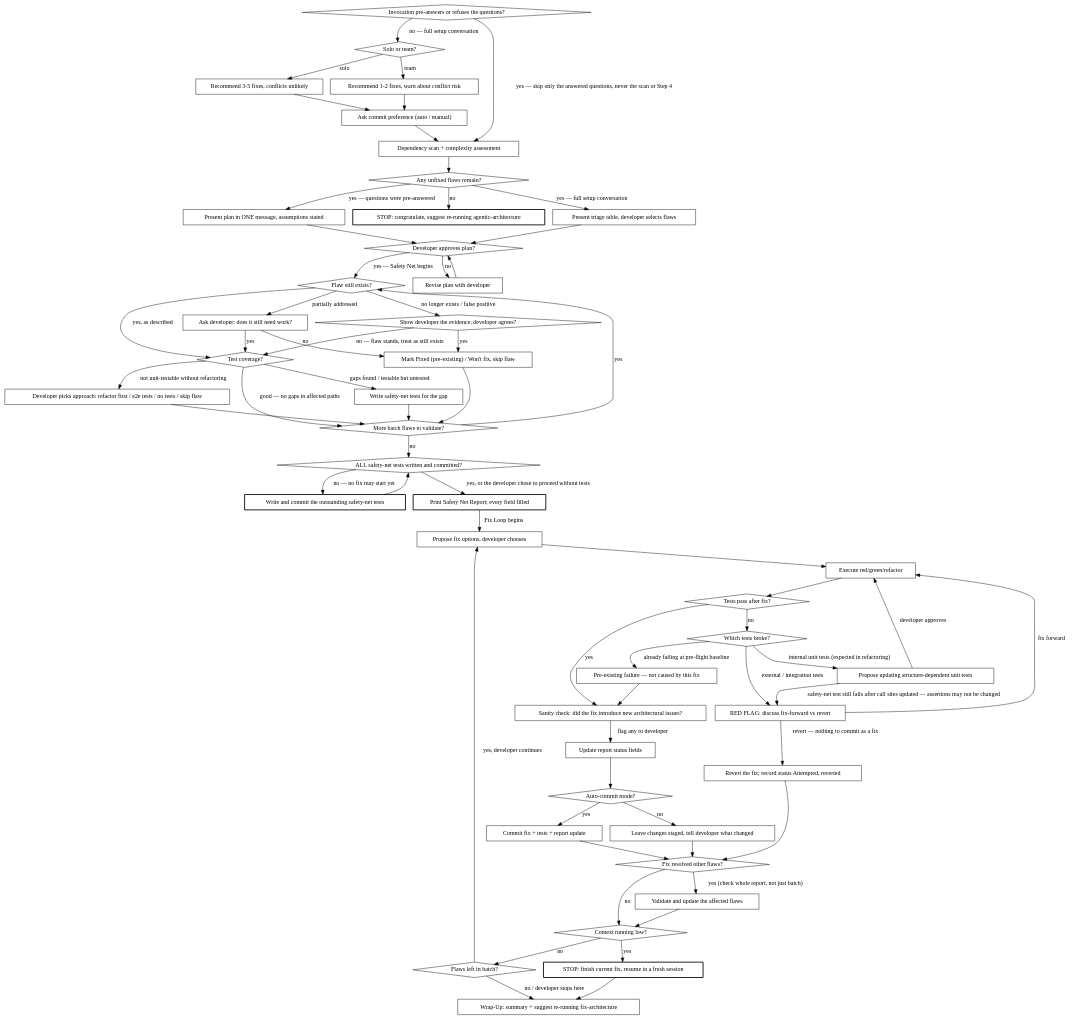
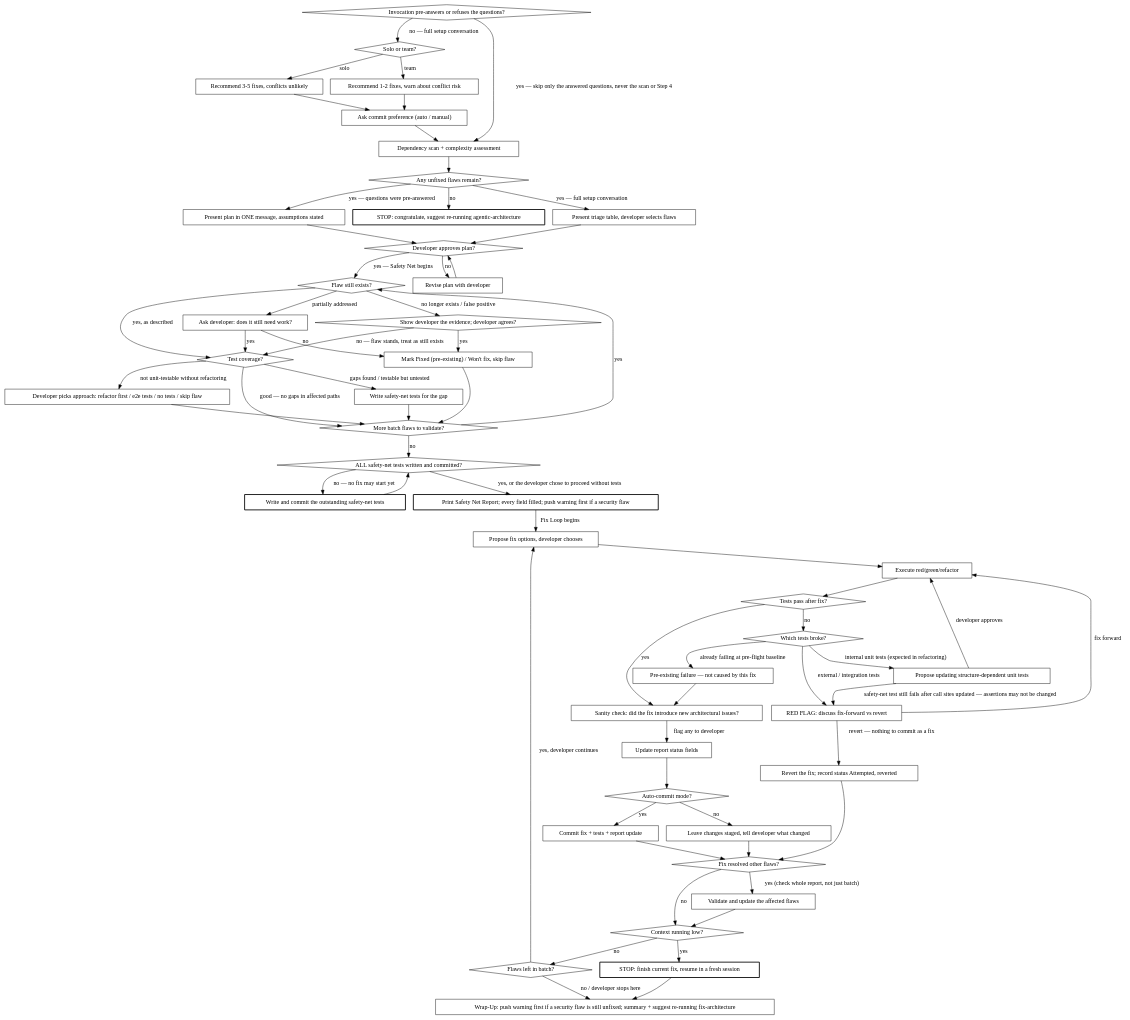
The second of 2 diagrams in preview/paad/skills/fix-architecture/SKILL.md (Ovid/paad), drawn with Graphviz before and after one commit. The commit also changed other lines of this file and 4 other files, not shown here.

First line of the commit message:
Warn before pushing a committed security-reproducing test

````diff
--- a/preview/paad/skills/fix-architecture/SKILL.md
+++ b/preview/paad/skills/fix-architecture/SKILL.md
@@ -100,7 +100,7 @@
   "Write safety-net tests for the gap" [shape=box];
   "Developer picks approach: refactor first / e2e tests / no tests / skip flaw" [shape=box];
   "Write and commit the outstanding safety-net tests" [shape=box, style=bold];
-  "Print Safety Net Report; every field filled" [shape=box, style=bold];
+  "Print Safety Net Report; every field filled; push warning first if a security flaw" [shape=box, style=bold];
   "Revert the fix; record status Attempted, reverted" [shape=box];
 
   "Propose fix options, developer chooses" [shape=box];
@@ -114,7 +114,7 @@
   "Leave changes staged, tell developer what changed" [shape=box];
   "Validate and update the affected flaws" [shape=box];
   "STOP: finish current fix, resume in a fresh session" [shape=box, style=bold];
-  "Wrap-Up: summary + suggest re-running fix-architecture" [shape=box];
+  "Wrap-Up: push warning first if a security flaw is still unfixed; summary + suggest re-running fix-architecture" [shape=box];
 
   "Invocation pre-answers or refuses the questions?" -> "Solo or team?" [label="no — full setup conversation"];
   "Invocation pre-answers or refuses the questions?" -> "Dependency scan + complexity assessment" [label="yes — skip only the answered questions, never the scan or Step 4"];
@@ -152,8 +152,8 @@
 
   "ALL safety-net tests written and committed?" -> "Write and commit the outstanding safety-net tests" [label="no — no fix may start yet"];
   "Write and commit the outstanding safety-net tests" -> "ALL safety-net tests written and committed?";
-  "ALL safety-net tests written and committed?" -> "Print Safety Net Report; every field filled" [label="yes, or the developer chose to proceed without tests"];
-  "Print Safety Net Report; every field filled" -> "Propose fix options, developer chooses" [label="Fix Loop begins"];
+  "ALL safety-net tests written and committed?" -> "Print Safety Net Report; every field filled; push warning first if a security flaw" [label="yes, or the developer chose to proceed without tests"];
+  "Print Safety Net Report; every field filled; push warning first if a security flaw" -> "Propose fix options, developer chooses" [label="Fix Loop begins"];
 
   "Propose fix options, developer chooses" -> "Execute red/green/refactor";
   "Execute red/green/refactor" -> "Tests pass after fix?";
@@ -182,7 +182,7 @@
   "Context running low?" -> "STOP: finish current fix, resume in a fresh session" [label="yes"];
   "Context running low?" -> "Flaws left in batch?" [label="no"];
   "Flaws left in batch?" -> "Propose fix options, developer chooses" [label="yes, developer continues"];
-  "Flaws left in batch?" -> "Wrap-Up: summary + suggest re-running fix-architecture" [label="no / developer stops here"];
-  "STOP: finish current fix, resume in a fresh session" -> "Wrap-Up: summary + suggest re-running fix-architecture";
+  "Flaws left in batch?" -> "Wrap-Up: push warning first if a security flaw is still unfixed; summary + suggest re-running fix-architecture" [label="no / developer stops here"];
+  "STOP: finish current fix, resume in a fresh session" -> "Wrap-Up: push warning first if a security flaw is still unfixed; summary + suggest re-running fix-architecture";
 }
 ```
````
